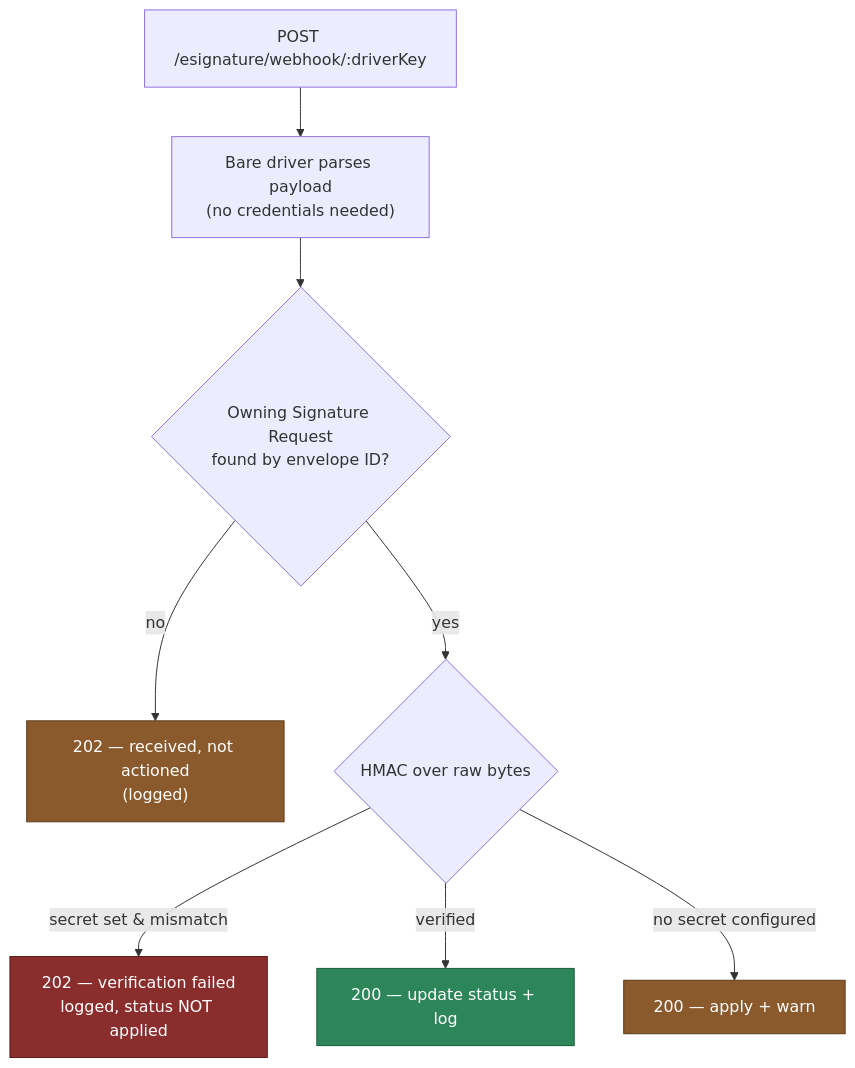
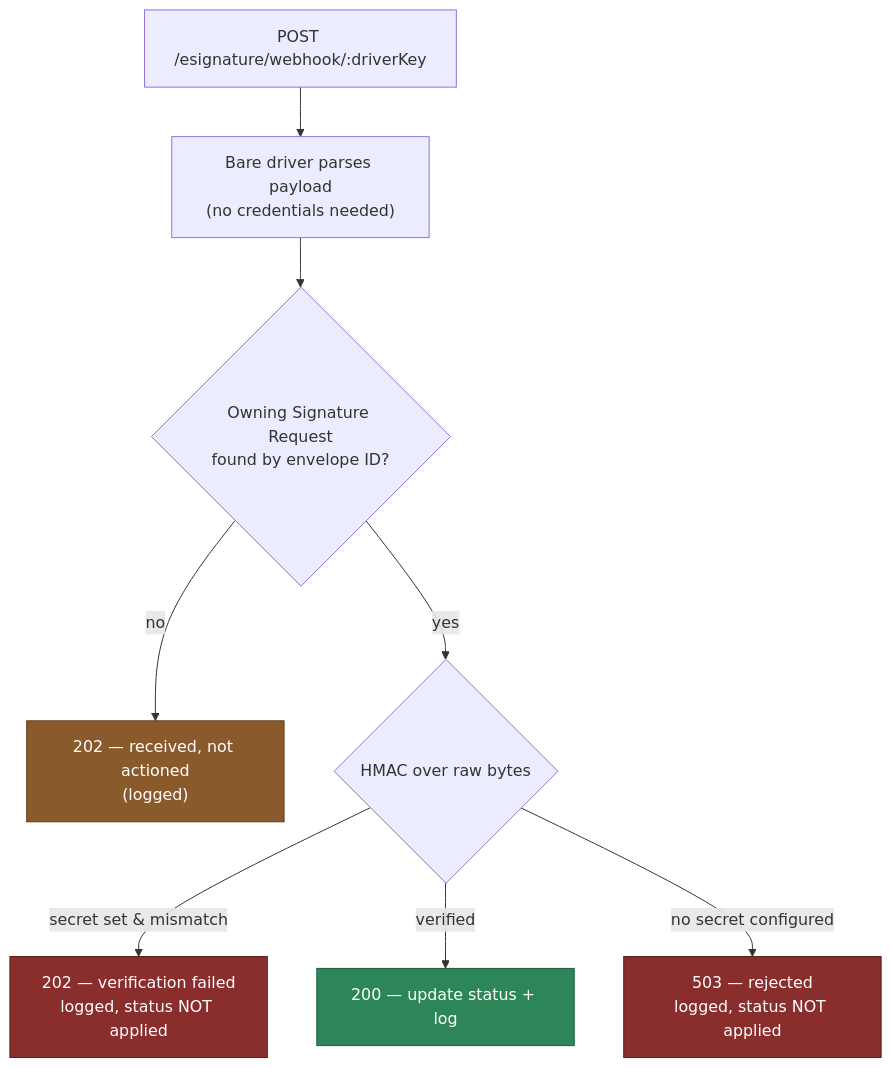
The fifth of 5 diagrams in packages/eSignature/Base/README.md (MemberJunction/MJ), drawn with Mermaid before and after one commit. The commit also changed other lines of this file and 15 other files, not shown here.

````diff
--- a/packages/eSignature/Base/README.md
+++ b/packages/eSignature/Base/README.md
@@ -359,15 +359,15 @@
 ```mermaid
 flowchart TD
     In["POST /esignature/webhook/:driverKey"] --> Parse["Bare driver parses payload<br/>(no credentials needed)"]
     Parse --> Find{"Owning Signature Request<br/>found by envelope ID?"}
     Find -->|no| Accept202["202 — received, not actioned<br/>(logged)"]
     Find -->|yes| Verify{"HMAC over raw bytes"}
     Verify -->|secret set & mismatch| Mismatch["202 — verification failed<br/>logged, status NOT applied"]
     Verify -->|verified| Apply["200 — update status + log"]
-    Verify -->|no secret configured| ApplyWarn["200 — apply + warn"]
+    Verify -->|no secret configured| Reject["503 — rejected<br/>logged, status NOT applied"]
 
     style Mismatch fill:#8a2d2d,stroke:#5c1a1a,color:#fff
+    style Reject fill:#8a2d2d,stroke:#5c1a1a,color:#fff
     style Apply fill:#2d8659,stroke:#1a5c3a,color:#fff
-    style ApplyWarn fill:#8a5a2d,stroke:#5c3a1a,color:#fff
     style Accept202 fill:#8a5a2d,stroke:#5c3a1a,color:#fff
 ```
````
